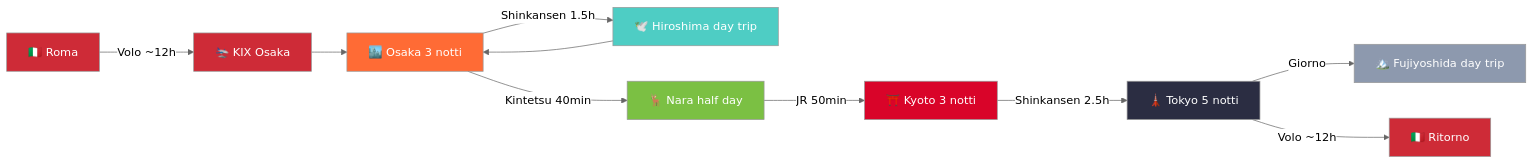
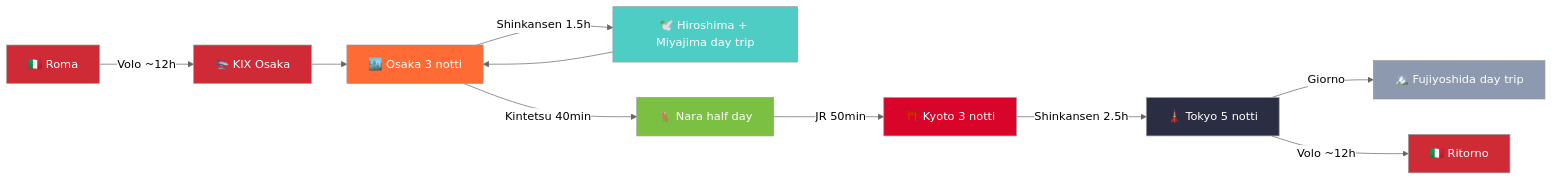
One commit to LorenzoPolito/Travel-Vault changed the first of 3 diagrams in Itinerari/Japan/2026/Itinerario-Giappone-24ott-7nov2026.md. Above: the diagram before and after it, drawn with Mermaid (neutral theme). The commit also changed other lines of this file and 10 other files, not shown here.

First line of the commit message:
Giorno 5 (28 ott): aggiunto Miyajima al day trip Hiroshima + fix wikilink e immagini location

````diff
--- a/Itinerari/Japan/2026/Itinerario-Giappone-24ott-7nov2026.md
+++ b/Itinerari/Japan/2026/Itinerario-Giappone-24ott-7nov2026.md
@@ -30,22 +30,22 @@
 ```mermaid
 flowchart LR
     A[🇮🇹 Roma] -->|Volo ~12h| B[🛬 KIX Osaka]
     B --> C[🏙️ Osaka 3 notti]
-    C -->|Shinkansen 1.5h| D[🕊️ Hiroshima day trip]
+    C -->|Shinkansen 1.5h| D[🕊️ Hiroshima + Miyajima day trip]
     D --> C
     C -->|Kintetsu 40min| E[🦌 Nara half day]
     E -->|JR 50min| F[⛩️ Kyoto 3 notti]
     F -->|Shinkansen 2.5h| G[🗼 Tokyo 5 notti]
     G -->|Giorno| H[🏔️ Fujiyoshida day trip]
     G -->|Volo ~12h| I[🇮🇹 Ritorno]
 
     style A fill:#ce2b37,color:#fff
     style B fill:#ce2b37,color:#fff
     style C fill:#ff6b35,color:#fff
     style D fill:#4ecdc4,color:#fff
     style E fill:#7bc043,color:#fff
     style F fill:#d90429,color:#fff
     style G fill:#2b2d42,color:#fff
     style H fill:#8d99ae,color:#fff
     style I fill:#ce2b37,color:#fff
 ```
````
